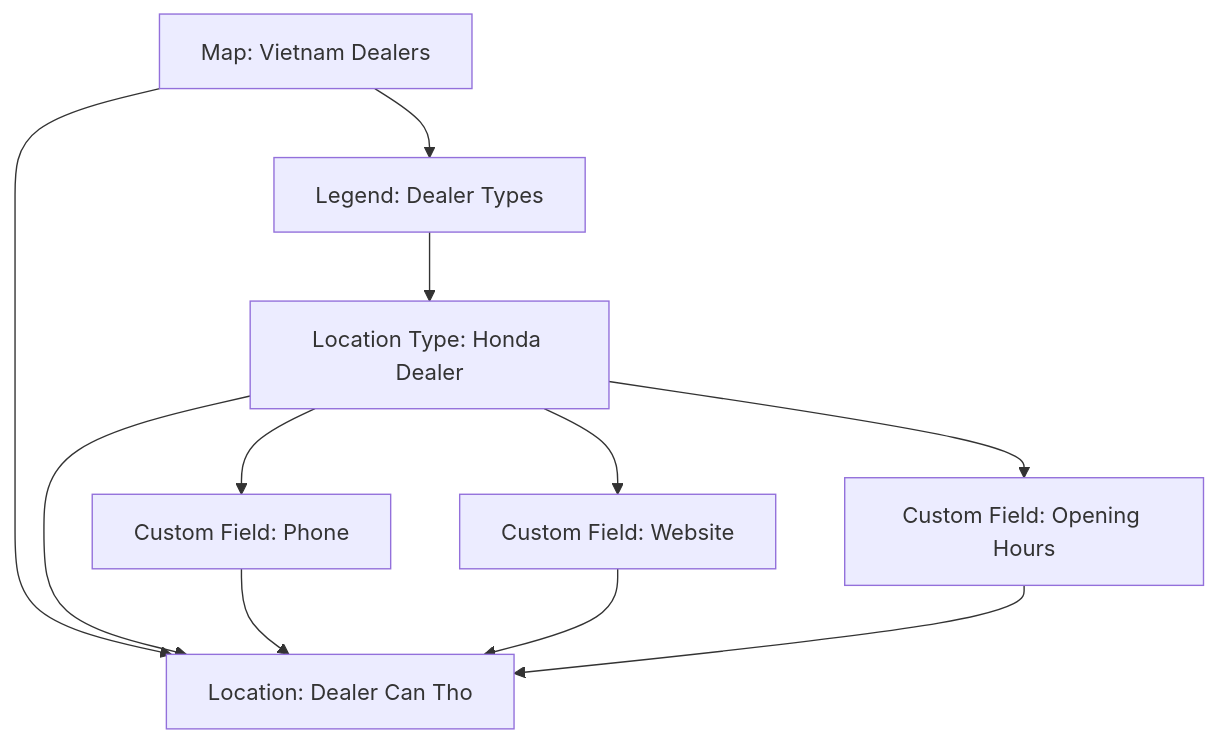
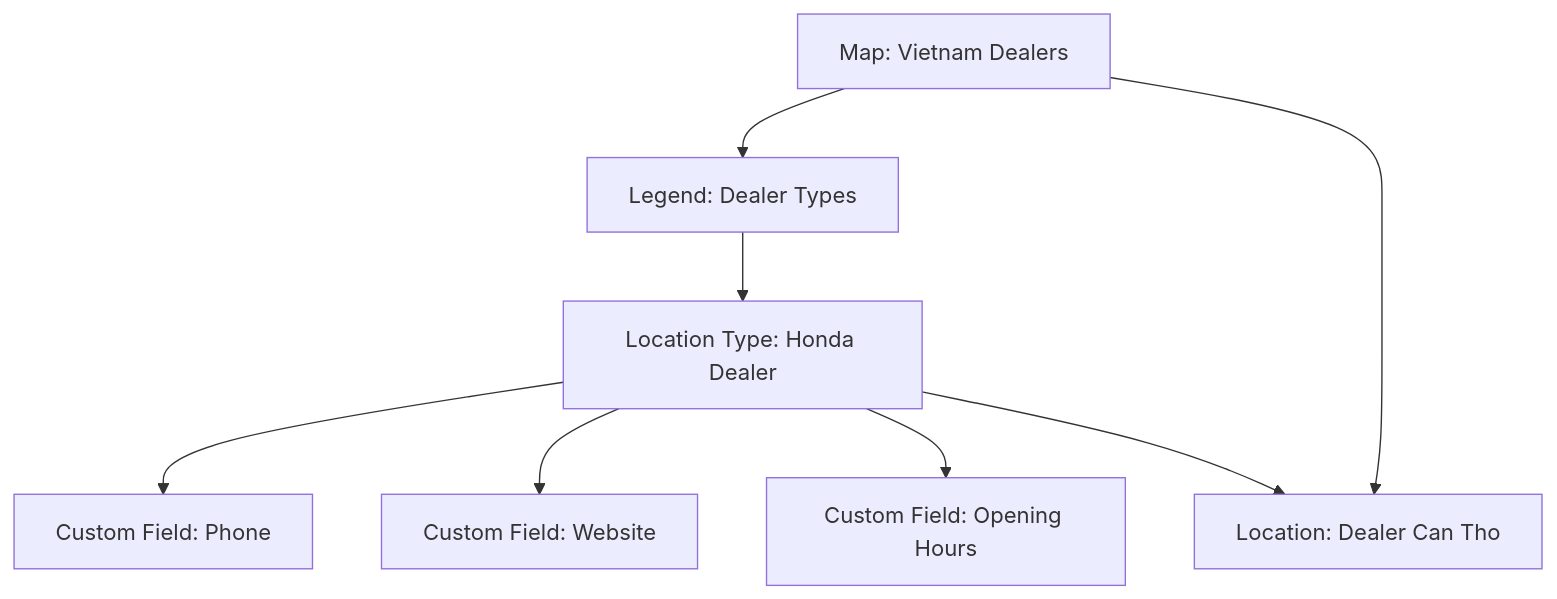
One commit to duyduyly/php-notebook changed the fifth of 7 diagrams in docs/joomla/learning/3rd-extensions/shack-locations-free-2-2-1-installation-configuration-guide.md. Above: the diagram before and after it, drawn with Mermaid. The commit also changed other lines of this file, not shown here.

````diff
--- a/docs/joomla/learning/3rd-extensions/shack-locations-free-2-2-1-installation-configuration-guide.md
+++ b/docs/joomla/learning/3rd-extensions/shack-locations-free-2-2-1-installation-configuration-guide.md
@@ -670,13 +790,10 @@
 ```mermaid
 flowchart TD
     A[Map: Vietnam Dealers] --> B[Legend: Dealer Types]
     B --> C[Location Type: Honda Dealer]
     C --> D[Custom Field: Phone]
     C --> E[Custom Field: Website]
     C --> F[Custom Field: Opening Hours]
     A --> G[Location: Dealer Can Tho]
     C --> G
-    D --> G
-    E --> G
-    F --> G
 ```
````
